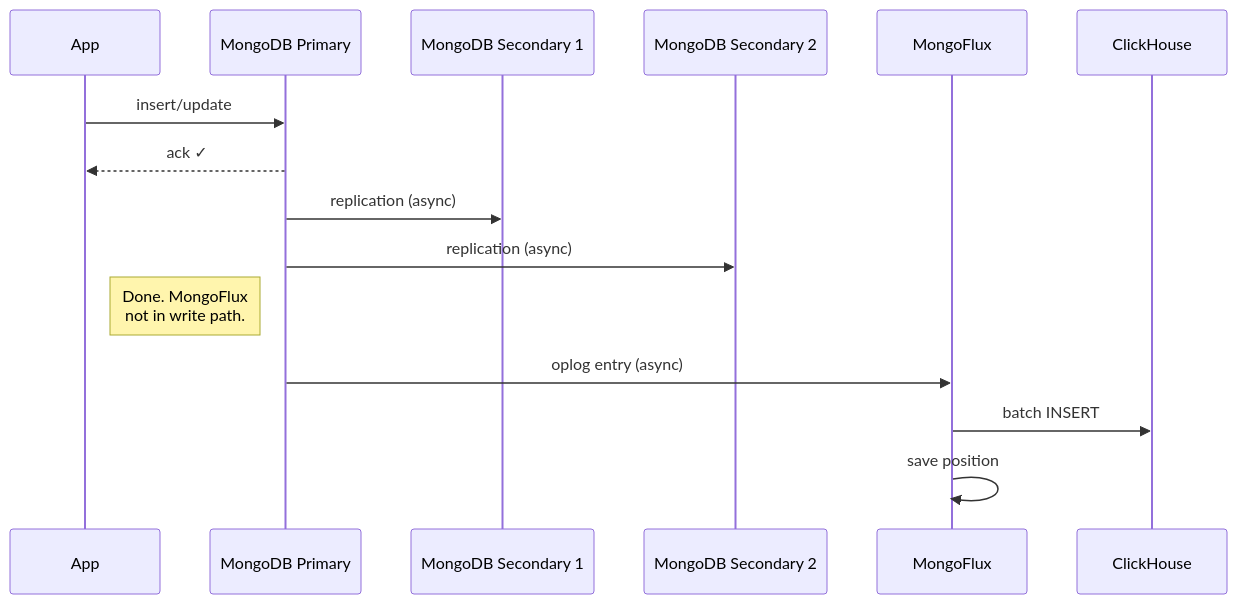
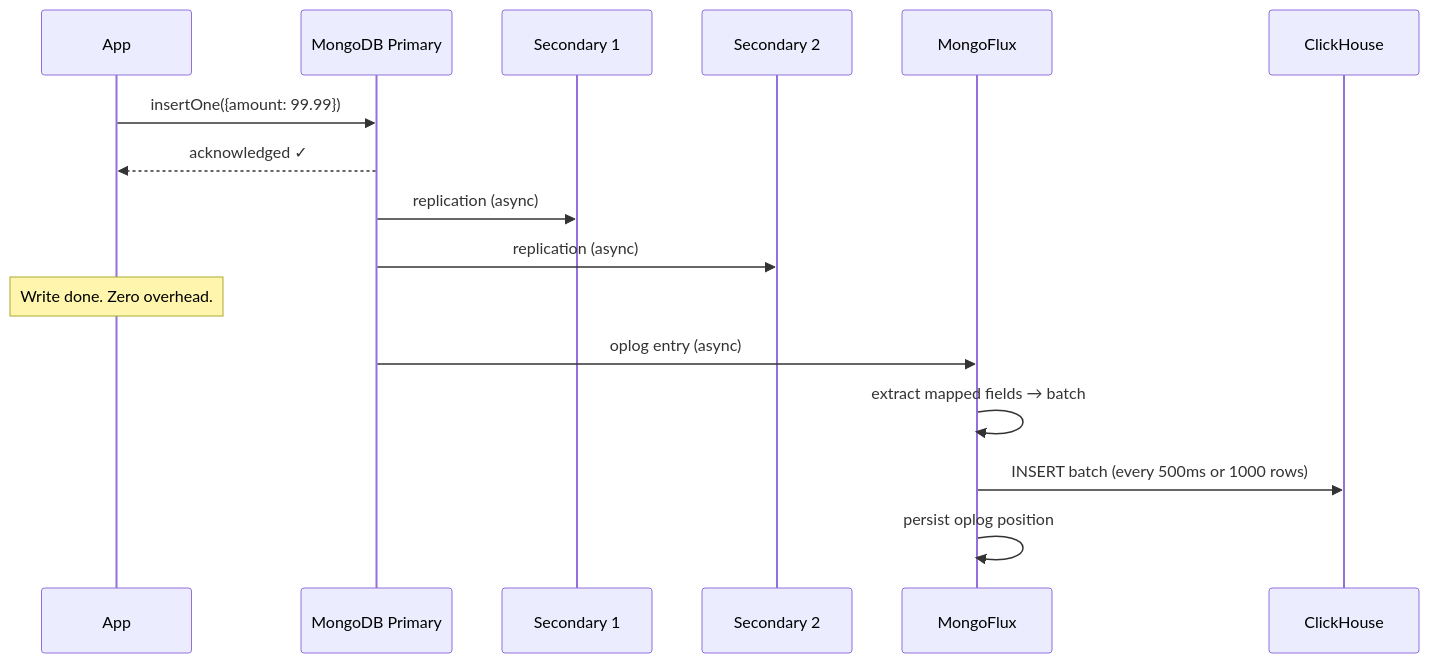
One commit to mrityunjaysharma/mongo-flux changed the second of 8 diagrams in docs/design.md. Above: the diagram before and after it, drawn with Mermaid. The commit also changed other lines of this file and 3 other files, not shown here.

````diff
--- a/docs/design.md
+++ b/docs/design.md
@@ -38,18 +59,19 @@
 ```mermaid
 sequenceDiagram
     participant App
     participant Primary as MongoDB Primary
-    participant S1 as MongoDB Secondary 1
-    participant S2 as MongoDB Secondary 2
+    participant S1 as Secondary 1
+    participant S2 as Secondary 2
     participant mf as MongoFlux
     participant CH as ClickHouse
 
-    App->>Primary: insert/update
-    Primary-->>App: ack ✓
+    App->>Primary: insertOne({amount: 99.99})
+    Primary-->>App: acknowledged ✓
     Primary->>S1: replication (async)
     Primary->>S2: replication (async)
-    Note right of App: Done. MongoFlux<br/>not in write path.
+    Note over App: Write done. Zero overhead.
     Primary->>mf: oplog entry (async)
-    mf->>CH: batch INSERT
-    mf->>mf: save position
+    mf->>mf: extract mapped fields → batch
+    mf->>CH: INSERT batch (every 500ms or 1000 rows)
+    mf->>mf: persist oplog position
 ```
````
